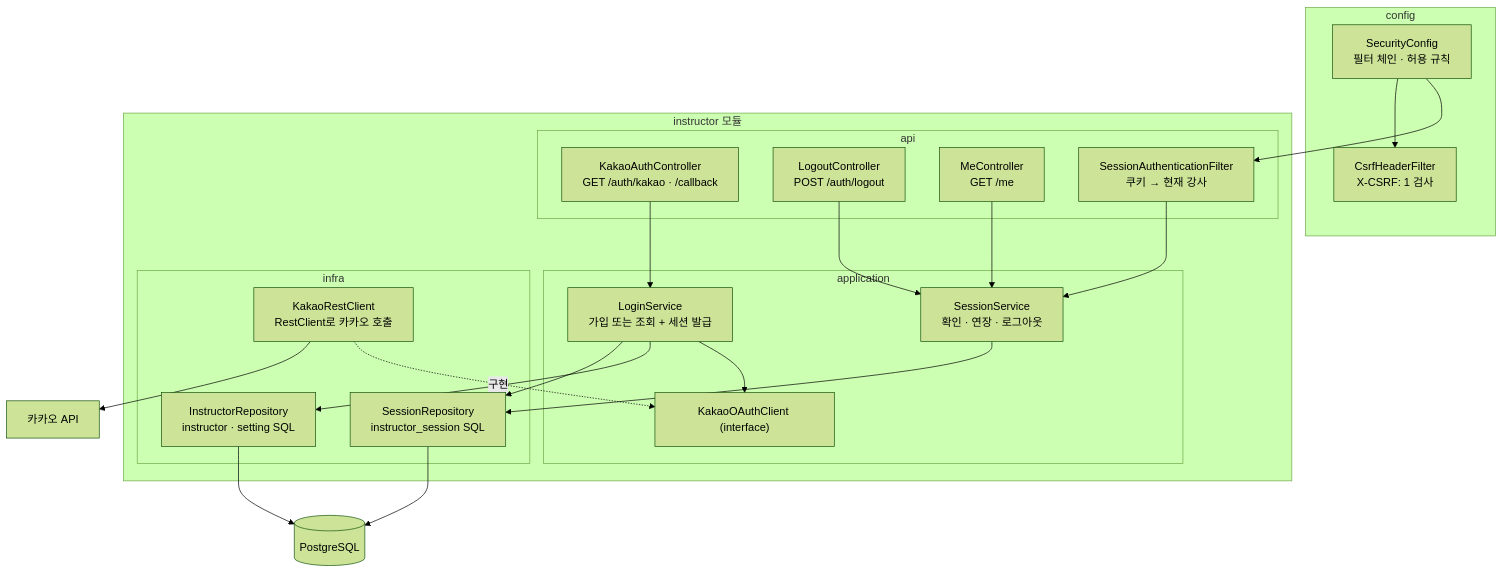
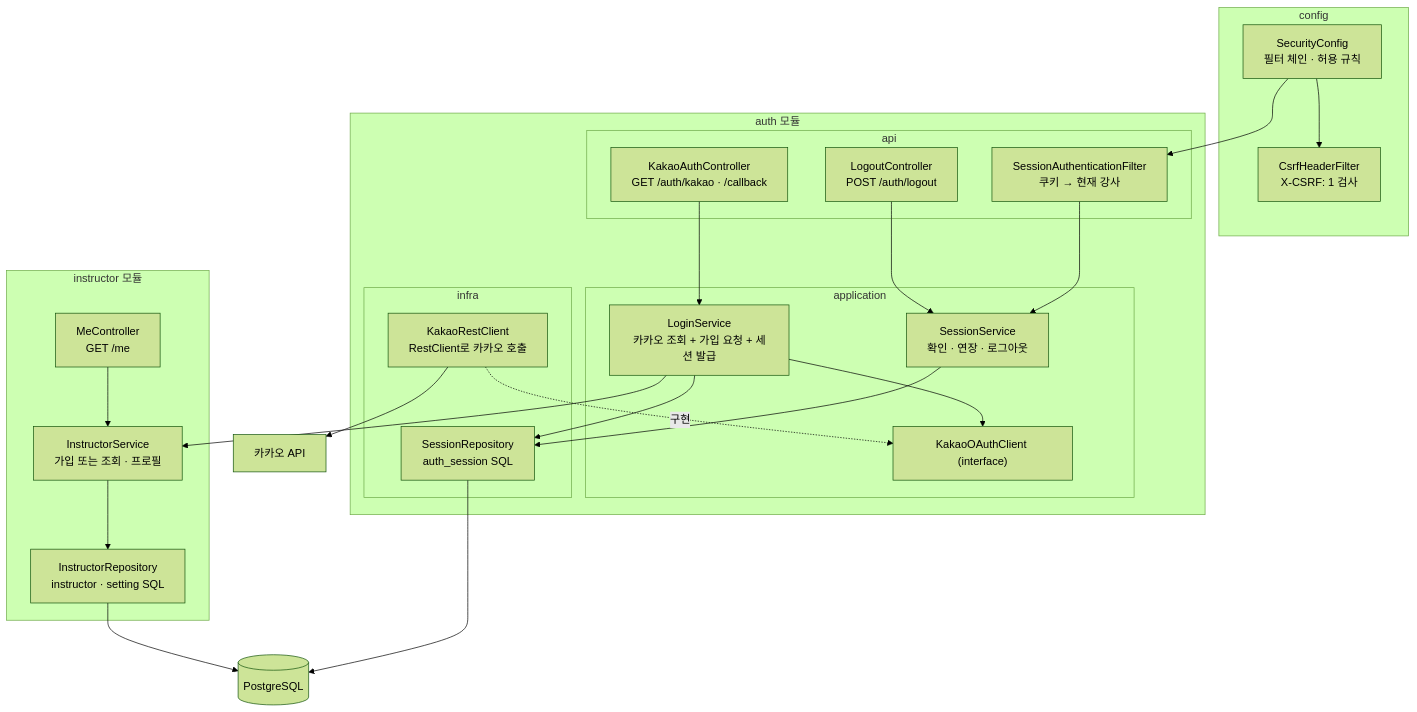
Before and after one commit to Fit-link-v2/FitLink-BE: the first of 2 diagrams in docs/spec/instructor/0001-instructor-setup/plan.md, drawn with Mermaid (forest theme). The commit also changed other lines of this file and 27 other files, not shown here.

````diff
--- a/docs/spec/instructor/0001-instructor-setup/plan.md
+++ b/docs/spec/instructor/0001-instructor-setup/plan.md
@@ -14,39 +14,43 @@
 ```mermaid
 flowchart TB
     subgraph config["config"]
         SC["SecurityConfig<br/>필터 체인 · 허용 규칙"]
         CF["CsrfHeaderFilter<br/>X-CSRF: 1 검사"]
     end
-    subgraph instructor["instructor 모듈"]
-        subgraph api["api"]
+    subgraph auth["auth 모듈"]
+        subgraph aapi["api"]
             AC["KakaoAuthController<br/>GET /auth/kakao · /callback"]
             LC["LogoutController<br/>POST /auth/logout"]
-            MC["MeController<br/>GET /me"]
             SF["SessionAuthenticationFilter<br/>쿠키 → 현재 강사"]
         end
-        subgraph application["application"]
-            LS["LoginService<br/>가입 또는 조회 + 세션 발급"]
+        subgraph aapp["application"]
+            LS["LoginService<br/>카카오 조회 + 가입 요청 + 세션 발급"]
             SS["SessionService<br/>확인 · 연장 · 로그아웃"]
             KP["KakaoOAuthClient (interface)"]
         end
-        subgraph infra["infra"]
-            IR["InstructorRepository<br/>instructor · setting SQL"]
-            SR["SessionRepository<br/>instructor_session SQL"]
+        subgraph ainfra["infra"]
+            SR["SessionRepository<br/>auth_session SQL"]
             KC["KakaoRestClient<br/>RestClient로 카카오 호출"]
         end
+    end
+    subgraph instructor["instructor 모듈"]
+        MC["MeController<br/>GET /me"]
+        IS["InstructorService<br/>가입 또는 조회 · 프로필"]
+        IR["InstructorRepository<br/>instructor · setting SQL"]
     end
     SC --> SF
     SC --> CF
     AC --> LS
     LC --> SS
-    MC --> SS
     SF --> SS
     LS --> KP
     KC -. 구현 .-> KP
-    LS --> IR
+    LS --> IS
     LS --> SR
     SS --> SR
+    MC --> IS
+    IS --> IR
     IR --> DB[("PostgreSQL")]
     SR --> DB
     KC --> K["카카오 API"]
 ```
````
